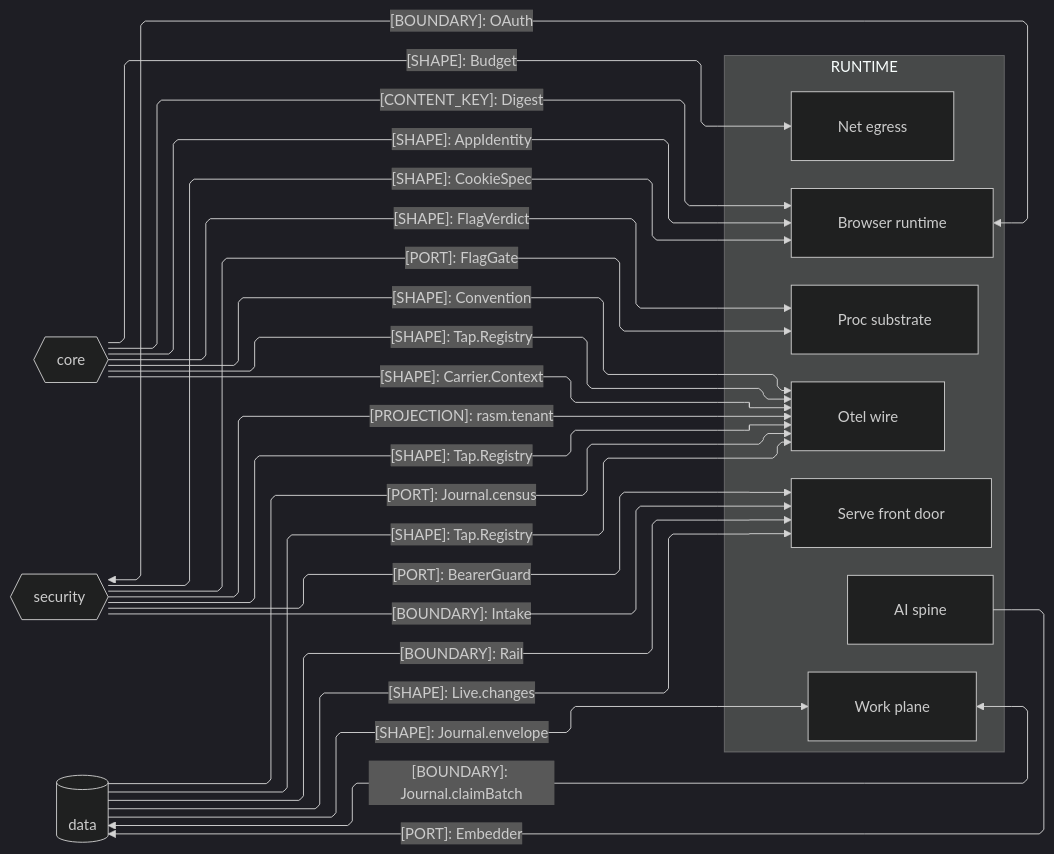
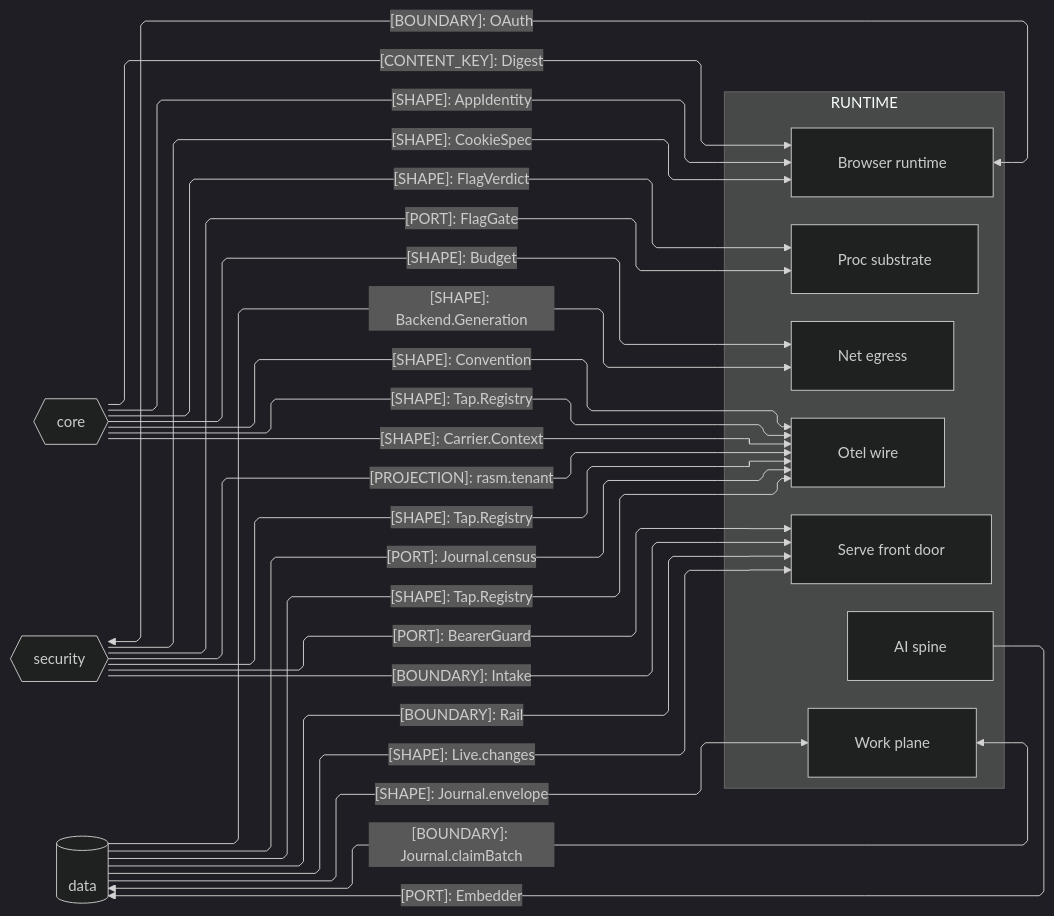
The second of 3 diagrams in libs/typescript/runtime/ARCHITECTURE.md (bsamiee/Rasm), drawn with Mermaid (dark theme) before and after one commit. The commit also changed other lines of this file and 486 other files, not shown here.

````diff
--- a/libs/typescript/runtime/ARCHITECTURE.md
+++ b/libs/typescript/runtime/ARCHITECTURE.md
@@ -112,45 +112,46 @@
 ```mermaid
 ---
 config:
   layout: elk
   flowchart:
     curve: linear
     padding: 25
 ---
 flowchart LR
     accTitle: Runtime domain-peer seam registry
     accDescr: Runtime owners exchanging flag, budget, convention, identity, custody, and tap shapes with the core, security, and data peers.
     subgraph runtime[RUNTIME]
         Proc[Proc substrate]
         Net[Net egress]
         Otel[Otel wire]
         Browser[Browser runtime]
         Serve[Serve front door]
         Work[Work plane]
         Ai[AI spine]
     end
     Core{{core}}
     Security{{security}}
     Data[(data)]
     Core e1@-->|"[SHAPE]: FlagVerdict"| Proc
     Core e2@-->|"[SHAPE]: Budget"| Net
     Core e3@-->|"[SHAPE]: Convention"| Otel
     Core e4@-->|"[CONTENT_KEY]: Digest"| Browser
     Core e14@-->|"[SHAPE]: AppIdentity"| Browser
     Security e5@-->|"[SHAPE]: CookieSpec"| Browser
     Browser e6@<-->|"[BOUNDARY]: OAuth"| Security
     Security e7@-->|"[PORT]: BearerGuard"| Serve
     Security e8@-->|"[BOUNDARY]: Intake"| Serve
     Security e13@-->|"[PORT]: FlagGate"| Proc
     Data e9@-->|"[BOUNDARY]: Rail"| Serve
     Data e10@-->|"[SHAPE]: Live.changes"| Serve
     Work e11@<-->|"[BOUNDARY]: Journal.claimBatch"| Data
     Ai e12@-->|"[PORT]: Embedder"| Data
     Data e15@-->|"[PORT]: Journal.census"| Otel
     Security e16@-->|"[PROJECTION]: rasm.tenant"| Otel
     Core e17@-->|"[SHAPE]: Tap.Registry"| Otel
     Data e18@-->|"[SHAPE]: Tap.Registry"| Otel
     Security e19@-->|"[SHAPE]: Tap.Registry"| Otel
     Data e20@-->|"[SHAPE]: Journal.envelope"| Work
     Core e21@-->|"[SHAPE]: Carrier.Context"| Otel
+    Data e22@-->|"[SHAPE]: Backend.Generation"| Net
 ```
````
